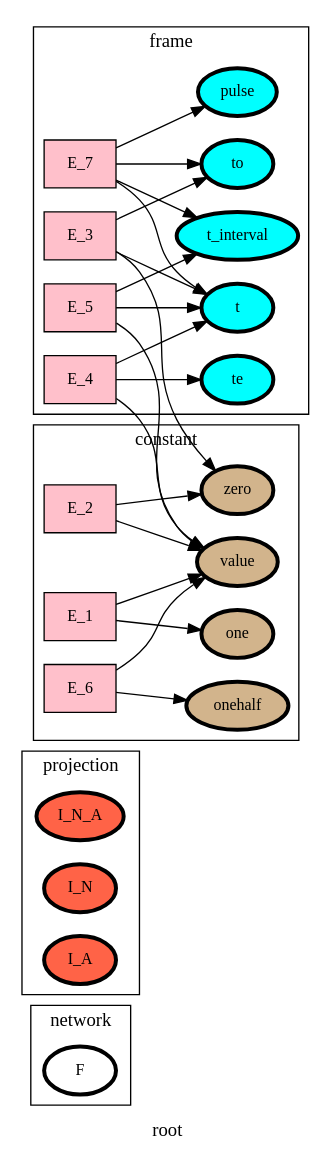
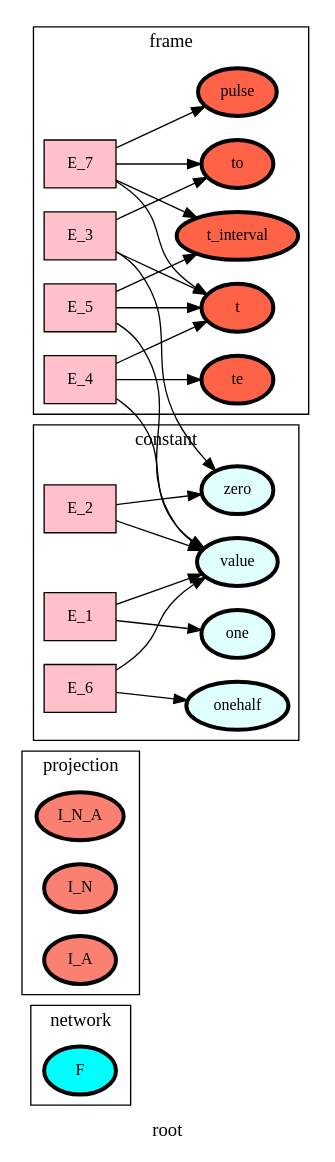
Before and after one commit to heinz-preisig/sandbox21: the diagram in ontology_graphs/graph__root.dot, drawn with Graphviz. The commit also changed 192 other files, not shown here.

```diff
--- a/ontology_graphs/graph__root.dot
+++ b/ontology_graphs/graph__root.dot
@@ -1,68 +1,68 @@
 digraph root {
 label=root;
 rankdir=LR;
 subgraph cluster_root___network {
 label=network;
 rankdir=LR;
-V_10 [fillcolor=white, fontsize=12, label=F, penwidth=3, style=filled];
+V_10 [fillcolor=cyan, fontsize=12, label=F, penwidth=3, style=filled];
 }
 
 subgraph cluster_root___projection {
 label=projection;
 rankdir=LR;
-V_48 [fillcolor=tomato, fontsize=12, label=I_N_A, penwidth=3, style=filled];
-V_96 [fillcolor=tomato, fontsize=12, label=I_N, penwidth=3, style=filled];
-V_97 [fillcolor=tomato, fontsize=12, label=I_A, penwidth=3, style=filled];
+V_48 [fillcolor=salmon, fontsize=12, label=I_N_A, penwidth=3, style=filled];
+V_96 [fillcolor=salmon, fontsize=12, label=I_N, penwidth=3, style=filled];
+V_97 [fillcolor=salmon, fontsize=12, label=I_A, penwidth=3, style=filled];
 }
 
 E_3 -> V_3  [splines=ortho];
 E_3 -> V_4  [splines=ortho];
 E_4 -> V_1  [splines=ortho];
 E_4 -> V_4  [splines=ortho];
 E_5 -> V_1  [splines=ortho];
 E_5 -> V_4  [splines=ortho];
 E_7 -> V_4  [splines=ortho];
 E_7 -> V_5  [splines=ortho];
 E_7 -> V_7  [splines=ortho];
 subgraph cluster_root___frame {
 label=frame;
 rankdir=LR;
-V_4 [fillcolor=cyan, fontsize=12, label=t, penwidth=3, style=filled];
-V_5 [fillcolor=cyan, fontsize=12, label=to, penwidth=3, style=filled];
-V_6 [fillcolor=cyan, fontsize=12, label=te, penwidth=3, style=filled];
-V_7 [fillcolor=cyan, fontsize=12, label=t_interval, penwidth=3, style=filled];
-V_9 [fillcolor=cyan, fontsize=12, label=pulse, penwidth=3, style=filled];
+V_4 [fillcolor=tomato, fontsize=12, label=t, penwidth=3, style=filled];
+V_5 [fillcolor=tomato, fontsize=12, label=to, penwidth=3, style=filled];
+V_6 [fillcolor=tomato, fontsize=12, label=te, penwidth=3, style=filled];
+V_7 [fillcolor=tomato, fontsize=12, label=t_interval, penwidth=3, style=filled];
+V_9 [fillcolor=tomato, fontsize=12, label=pulse, penwidth=3, style=filled];
 E_3 [fillcolor=pink, fontsize=12, shape=box, style=filled];
 E_3 -> V_5  [splines=ortho];
 E_4 [fillcolor=pink, fontsize=12, shape=box, style=filled];
 E_4 -> V_6  [splines=ortho];
 E_5 [fillcolor=pink, fontsize=12, shape=box, style=filled];
 E_5 -> V_7  [splines=ortho];
 E_7 [fillcolor=pink, fontsize=12, shape=box, style=filled];
 E_7 -> V_9  [splines=ortho];
 }
 
 subgraph cluster_root___state {
 label=state;
 rankdir=LR;
 }
 
 E_1 -> V_1  [splines=ortho];
 E_2 -> V_1  [splines=ortho];
 E_6 -> V_1  [splines=ortho];
 subgraph cluster_root___constant {
 label=constant;
 rankdir=LR;
-V_1 [fillcolor=tan, fontsize=12, label=value, penwidth=3, style=filled];
-V_2 [fillcolor=tan, fontsize=12, label=one, penwidth=3, style=filled];
-V_3 [fillcolor=tan, fontsize=12, label=zero, penwidth=3, style=filled];
-V_8 [fillcolor=tan, fontsize=12, label=onehalf, penwidth=3, style=filled];
+V_1 [fillcolor=lightcyan, fontsize=12, label=value, penwidth=3, style=filled];
+V_2 [fillcolor=lightcyan, fontsize=12, label=one, penwidth=3, style=filled];
+V_3 [fillcolor=lightcyan, fontsize=12, label=zero, penwidth=3, style=filled];
+V_8 [fillcolor=lightcyan, fontsize=12, label=onehalf, penwidth=3, style=filled];
 E_1 [fillcolor=pink, fontsize=12, shape=box, style=filled];
 E_1 -> V_2  [splines=ortho];
 E_2 [fillcolor=pink, fontsize=12, shape=box, style=filled];
 E_2 -> V_3  [splines=ortho];
 E_6 [fillcolor=pink, fontsize=12, shape=box, style=filled];
 E_6 -> V_8  [splines=ortho];
 }
 
 }
```
